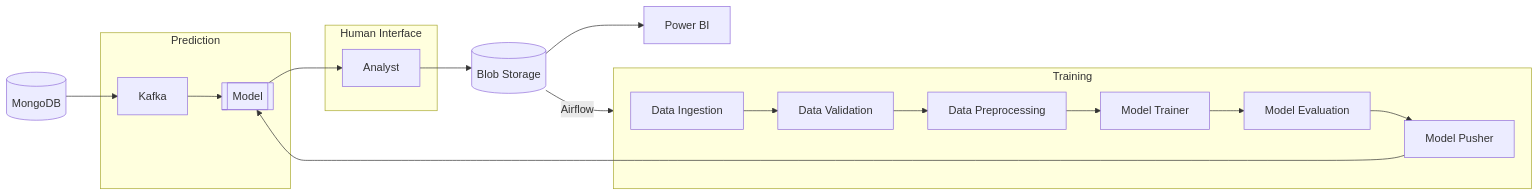
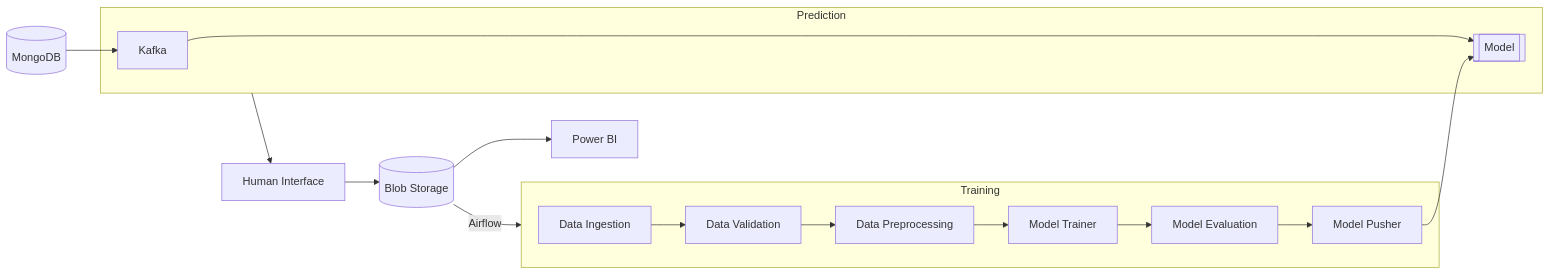
One commit to lintosunny/Credit-Card-Fraud-Detection-Using-Machine-Learning changed the second of 3 diagrams in README.md. Above: the diagram before and after it, drawn with Mermaid.

````diff
--- a/README.md
+++ b/README.md
@@ -25,21 +25,19 @@
 ```mermaid
 flowchart LR
     A[(MongoDB)] --> B[Kafka]
     D --> E[(Blob Storage)]
     subgraph Prediction
     B --> C[[Model]]
     end
     subgraph Training
     F[Data Ingestion] --> G[Data Validation]
     G --> H[Data Preprocessing]
     H --> I[Model Trainer]
     I --> J[Model Evaluation]
     J --> K[Model Pusher]
     end
-    subgraph Human Interface
-    C --> D[Analyst]
-    end
     E -- Airflow --> Training
     K --> C
     E --> Z[Power BI]
+    Prediction --> D[Human Interface]
 ```
````
